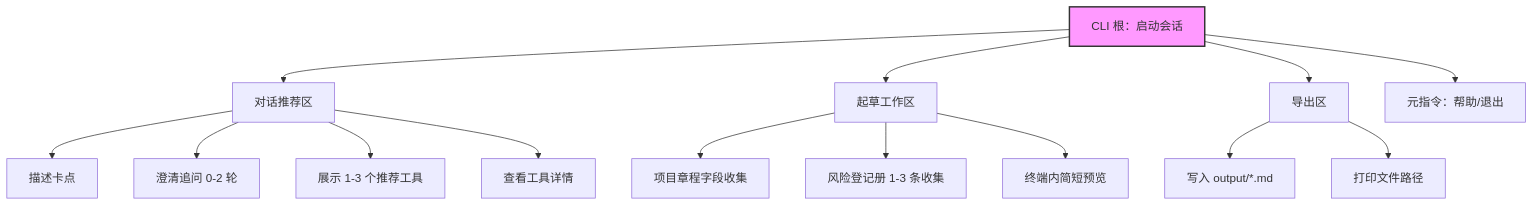
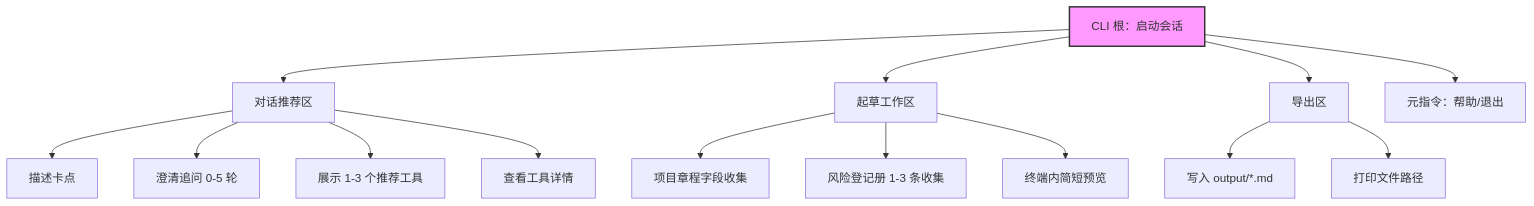
One commit to goldwish1/PM-Agent changed the first of 2 diagrams in doc/PM-Agent-MVP-PRD.md. Above: the diagram before and after it, drawn with Mermaid. The commit also changed other lines of this file and 5 other files, not shown here.

````diff
--- a/doc/PM-Agent-MVP-PRD.md
+++ b/doc/PM-Agent-MVP-PRD.md
@@ -102,21 +102,21 @@
 ```mermaid
 graph TD
     A[CLI 根：启动会话] --> B[对话推荐区]
     A --> C[起草工作区]
     A --> D[导出区]
     A --> E[元指令：帮助/退出]
 
     B --> B1[描述卡点]
-    B --> B2[澄清追问 0-2 轮]
+    B --> B2[澄清追问 0-5 轮]
     B --> B3[展示 1-3 个推荐工具]
     B --> B4[查看工具详情]
 
     C --> C1[项目章程字段收集]
     C --> C2[风险登记册 1-3 条收集]
     C --> C3[终端内简短预览]
 
     D --> D1[写入 output/*.md]
     D --> D2[打印文件路径]
 
     style A fill:#f9f,stroke:#333,stroke-width:2px
 ```
````
